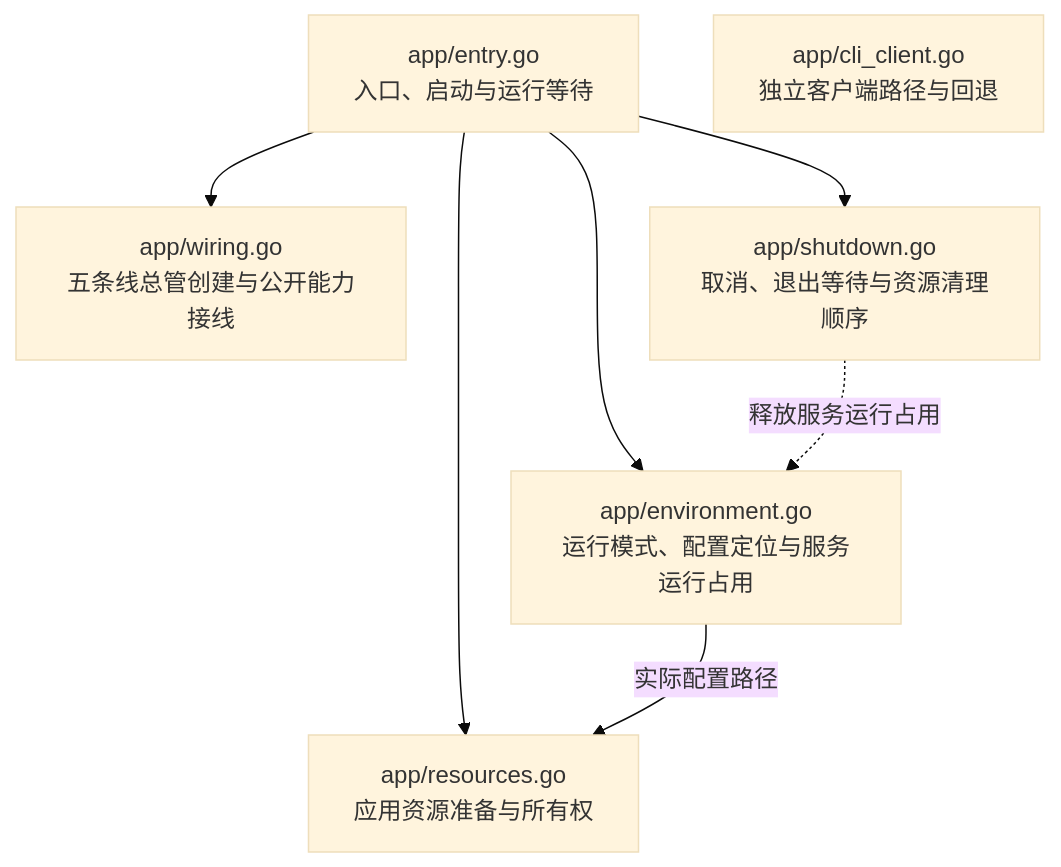
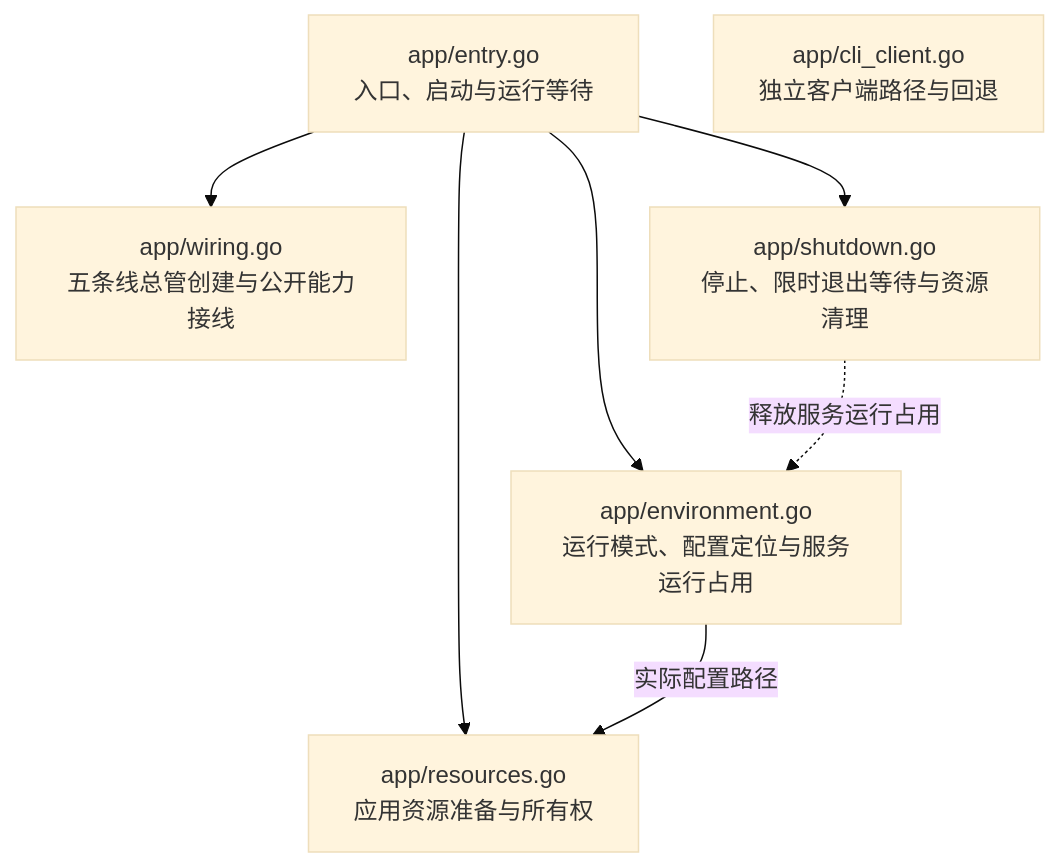
Before and after one commit to Elflare/elbot: the first of 6 diagrams in devdocs/architecture.md, drawn with Mermaid (base theme). The commit also changed other lines of this file and 7 other files, not shown here.

````diff
--- a/devdocs/architecture.md
+++ b/devdocs/architecture.md
@@ -16,12 +16,12 @@
 ```mermaid
 flowchart TB
     E["app/entry.go<br/>入口、启动与运行等待"]
     ENV["app/environment.go<br/>运行模式、配置定位与服务运行占用"]
     R["app/resources.go<br/>应用资源准备与所有权"]
     W["app/wiring.go<br/>五条线总管创建与公开能力接线"]
-    S["app/shutdown.go<br/>取消、退出等待与资源清理顺序"]
+    S["app/shutdown.go<br/>停止、限时退出等待与资源清理"]
     C["app/cli_client.go<br/>独立客户端路径与回退"]
     E --> ENV & R & W & S
     ENV -->|实际配置路径| R
     S -.->|释放服务运行占用| ENV
 ```
````
